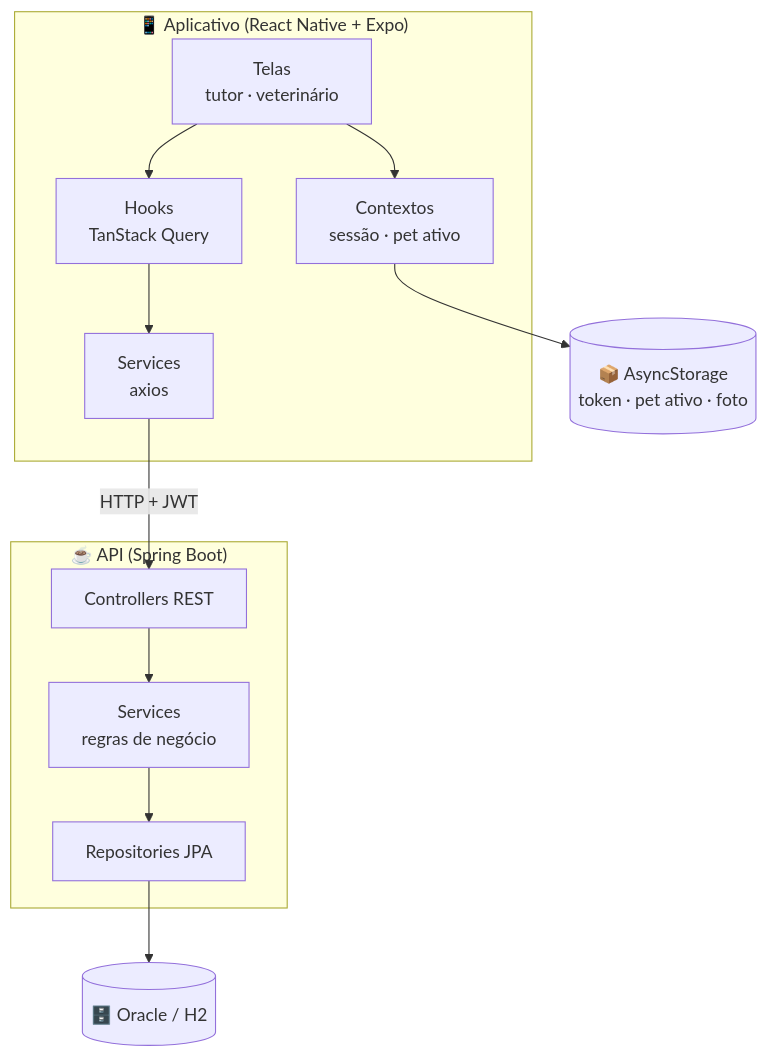
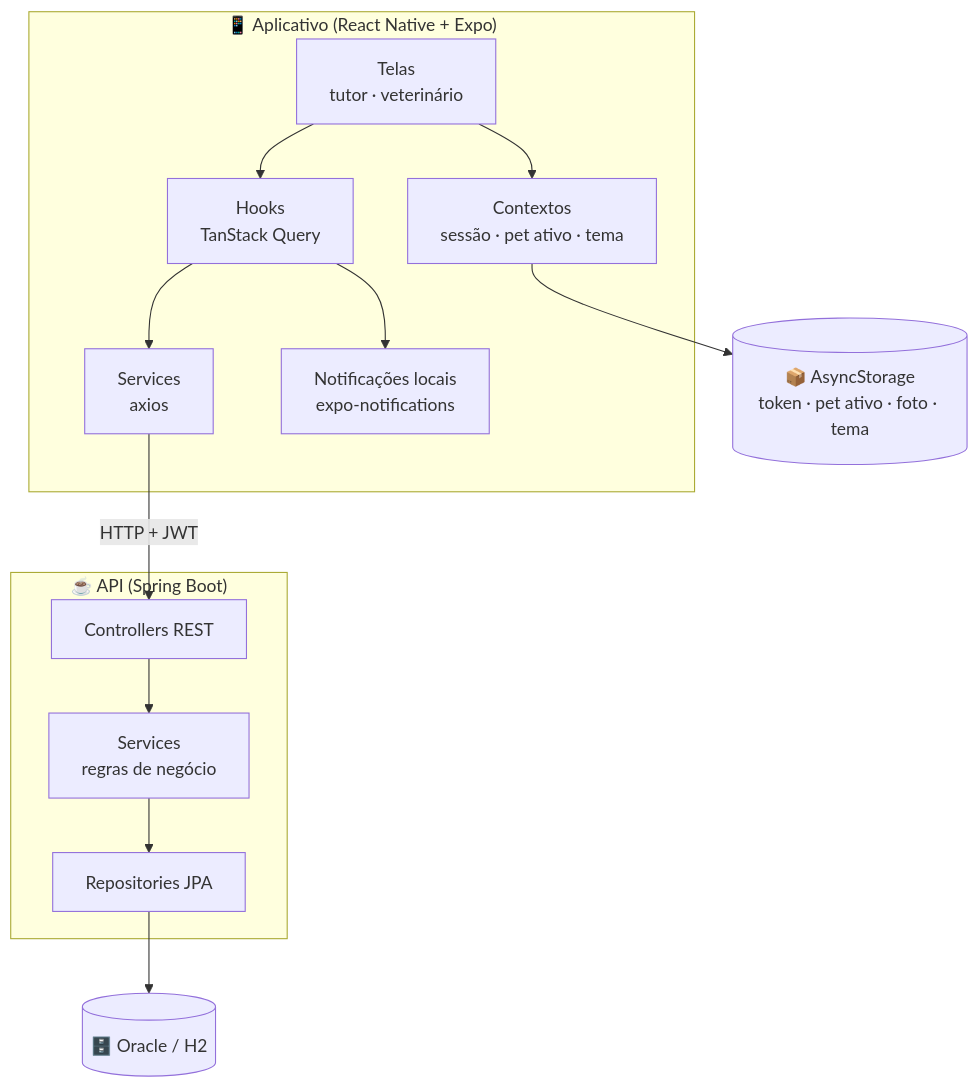
Before and after one commit to kaiky06301/animed-app: the first of 3 diagrams in README.md, drawn with Mermaid. The commit also changed other lines of this file, not shown here.

Commit message:
docs: README com tema, notificacoes e tela Sobre da Sprint 4

````diff
--- a/README.md
+++ b/README.md
@@ -35,27 +46,29 @@
 ```mermaid
 graph TD
     subgraph APP["📱 Aplicativo (React Native + Expo)"]
         TELAS["Telas<br/>tutor · veterinário"]
         HOOKS["Hooks<br/>TanStack Query"]
         SERVICES["Services<br/>axios"]
-        ESTADO["Contextos<br/>sessão · pet ativo"]
+        ESTADO["Contextos<br/>sessão · pet ativo · tema"]
+        NOTIF["Notificações locais<br/>expo-notifications"]
     end
 
     subgraph API["☕ API (Spring Boot)"]
         CTRL["Controllers REST"]
         SVC["Services<br/>regras de negócio"]
         REPO["Repositories JPA"]
     end
 
     BANCO[("🗄️ Oracle / H2")]
-    STORAGE[("📦 AsyncStorage<br/>token · pet ativo · foto")]
+    STORAGE[("📦 AsyncStorage<br/>token · pet ativo · foto · tema")]
 
     TELAS --> HOOKS
     TELAS --> ESTADO
     HOOKS --> SERVICES
+    HOOKS --> NOTIF
     SERVICES -->|"HTTP + JWT"| CTRL
     ESTADO --> STORAGE
     CTRL --> SVC
     SVC --> REPO
     REPO --> BANCO
 ```
````
